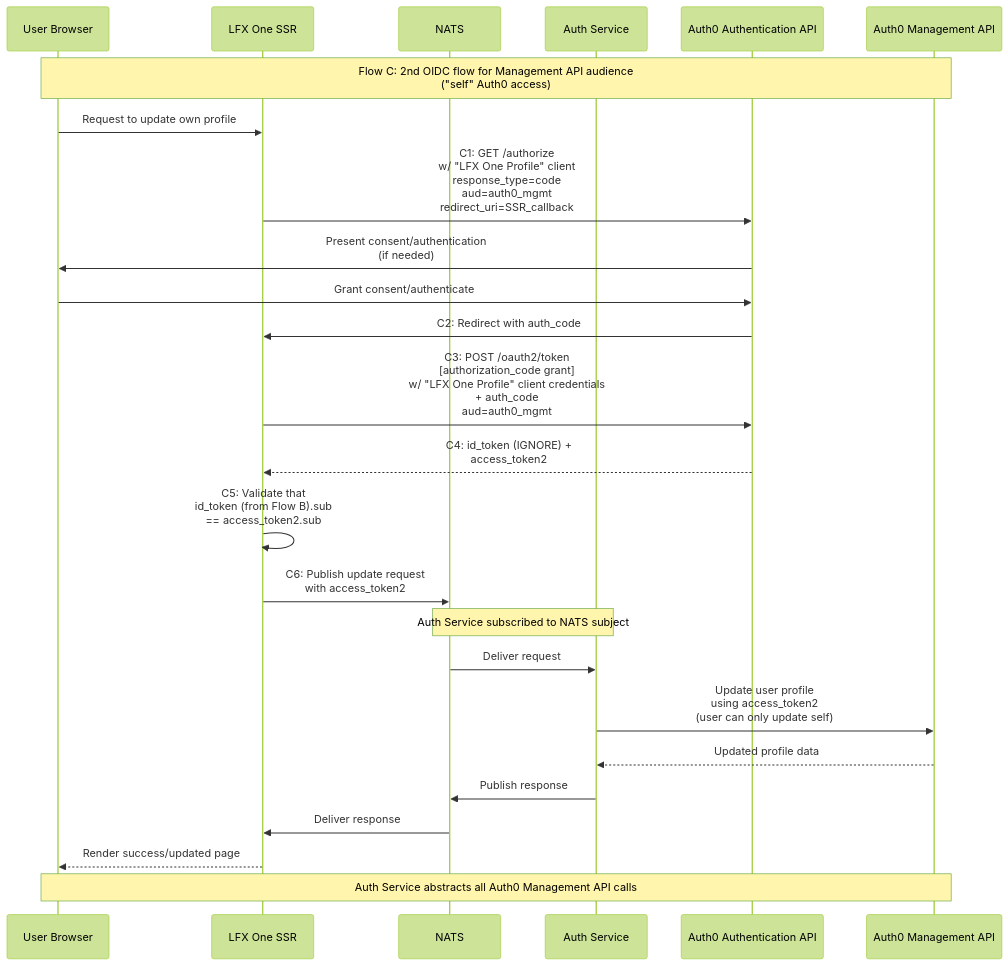
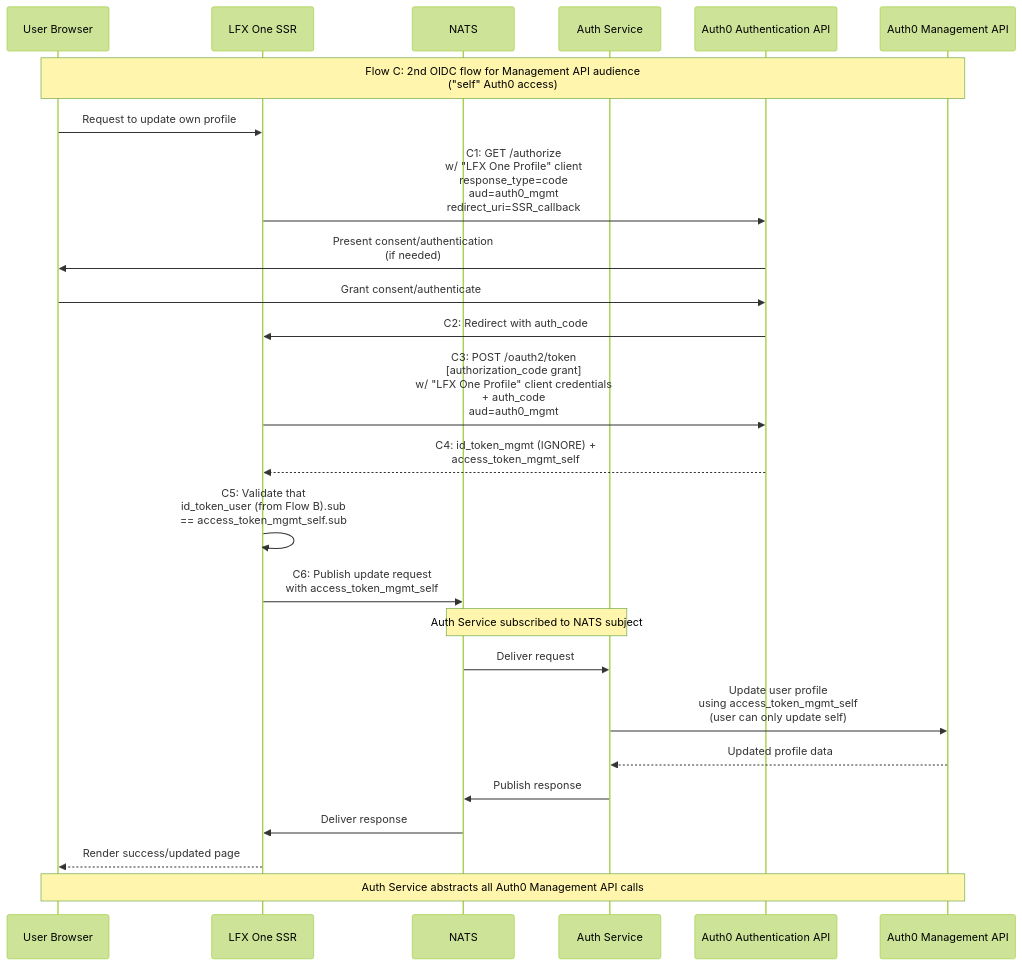
The diagram in docs/auth-flows/C-auth-service-m2m-profile-update.md (linuxfoundation/lfx-v2-auth-service), drawn with Mermaid (forest theme) before and after one commit. The commit also changed 5 other files, not shown here.

First line of the commit message:
refactor: update access token naming and improve documentation for authentication flows

````diff
--- a/docs/auth-flows/C-auth-service-m2m-profile-update.md
+++ b/docs/auth-flows/C-auth-service-m2m-profile-update.md
@@ -8,41 +8,41 @@
 ```mermaid
 sequenceDiagram
     participant User as User Browser
     participant SSR as LFX One SSR
     participant NATS as NATS
     participant AuthSvc as Auth Service
     participant Auth0 as Auth0 Authentication API
     participant Auth0Mgmt as Auth0 Management API
 
     Note over User,Auth0Mgmt: Flow C: 2nd OIDC flow for Management API audience<br/>("self" Auth0 access)
 
     User->>SSR: Request to update own profile
 
     SSR->>Auth0: C1: GET /authorize<br/>w/ "LFX One Profile" client<br/>response_type=code<br/>aud=auth0_mgmt<br/>redirect_uri=SSR_callback
 
     Auth0->>User: Present consent/authentication<br/>(if needed)
 
     User->>Auth0: Grant consent/authenticate
 
     Auth0->>SSR: C2: Redirect with auth_code
 
     SSR->>Auth0: C3: POST /oauth2/token<br/>[authorization_code grant]<br/>w/ "LFX One Profile" client credentials<br/>+ auth_code<br/>aud=auth0_mgmt
 
-    Auth0-->>SSR: C4: id_token (IGNORE) +<br/>access_token2
+    Auth0-->>SSR: C4: id_token_mgmt (IGNORE) +<br/>access_token_mgmt_self
 
-    SSR->>SSR: C5: Validate that<br/>id_token (from Flow B).sub<br/>== access_token2.sub
+    SSR->>SSR: C5: Validate that<br/>id_token_user (from Flow B).sub<br/>== access_token_mgmt_self.sub
 
-    SSR->>NATS: C6: Publish update request<br/>with access_token2
+    SSR->>NATS: C6: Publish update request<br/>with access_token_mgmt_self
     Note over NATS,AuthSvc: Auth Service subscribed to NATS subject
     NATS->>AuthSvc: Deliver request
 
-    AuthSvc->>Auth0Mgmt: Update user profile<br/>using access_token2<br/>(user can only update self)
+    AuthSvc->>Auth0Mgmt: Update user profile<br/>using access_token_mgmt_self<br/>(user can only update self)
 
     Auth0Mgmt-->>AuthSvc: Updated profile data
     AuthSvc->>NATS: Publish response
     NATS->>SSR: Deliver response
 
     SSR-->>User: Render success/updated page
 
     Note over User,Auth0Mgmt: Auth Service abstracts all Auth0 Management API calls
 ```
````
